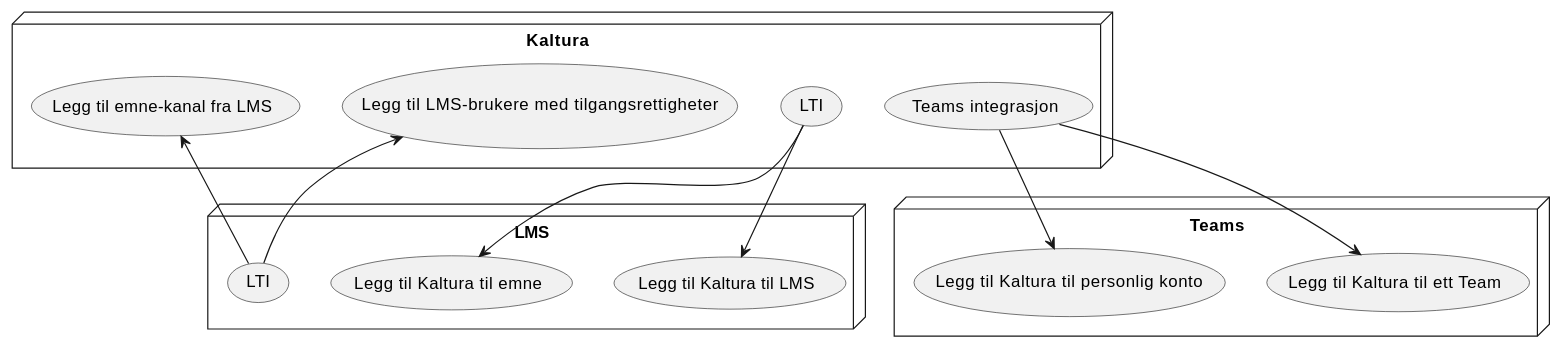
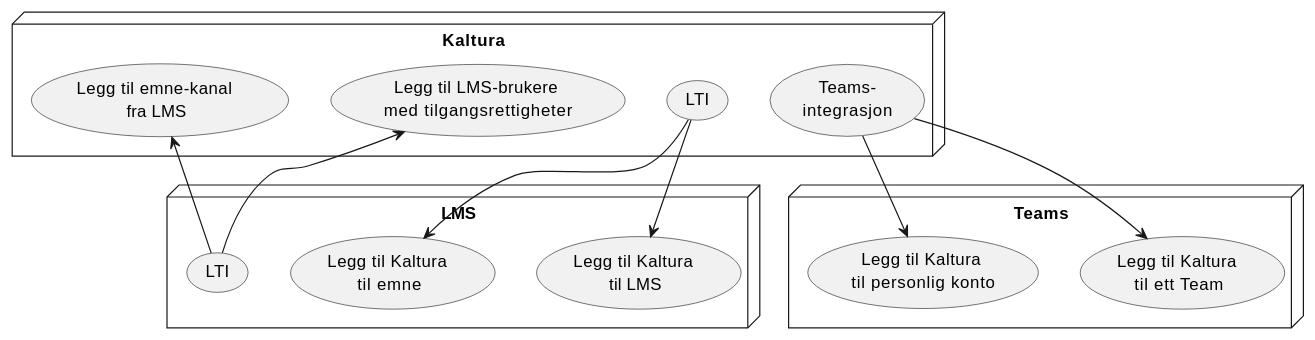
The second of 2 diagrams in src/docs/infrastruktur.md (tarjelavik/mam-dlr-architecture), drawn with PlantUML before and after one commit. The commit also changed other lines of this file and 4 other files, not shown here.

````diff
--- a/src/docs/infrastruktur.md
+++ b/src/docs/infrastruktur.md
@@ -43,32 +43,32 @@
 ```plantuml 
 @startuml
 
 node Teams {
-  (Legg til Kaltura til ett Team) as kT 
-  (Legg til Kaltura til personlig konto) as kP
+  (Legg til Kaltura \ltil ett Team) as kT 
+  (Legg til Kaltura \ltil personlig konto) as kP
 }
 
 node LMS {
-  (Legg til Kaltura til LMS) as kLMS
-  (Legg til Kaltura til emne) as kLMSE
+  (Legg til Kaltura \ltil LMS) as kLMS
+  (Legg til Kaltura \ltil emne) as kLMSE
   (LTI) as lmsLti
 }
 
 node Kaltura as MAM {
-  (Legg til emne-kanal fra LMS) as mamC
-  (Legg til LMS-brukere med tilgangsrettigheter) as mamA
+  (Legg til emne-kanal \lfra LMS) as mamC
+  (Legg til LMS-brukere \lmed tilgangsrettigheter) as mamA
   (LTI) as mamLti
-  (Teams integrasjon) as tI
+  (Teams-\lintegrasjon) as tI
 }
 
 tI -down-> kT
 tI -down-> kP
 
 lmsLti -up-> mamC
 lmsLti -up-> mamA
 
 mamLti -down-> kLMS
 mamLti -down-> kLMSE
 
 @enduml
 ```
````
